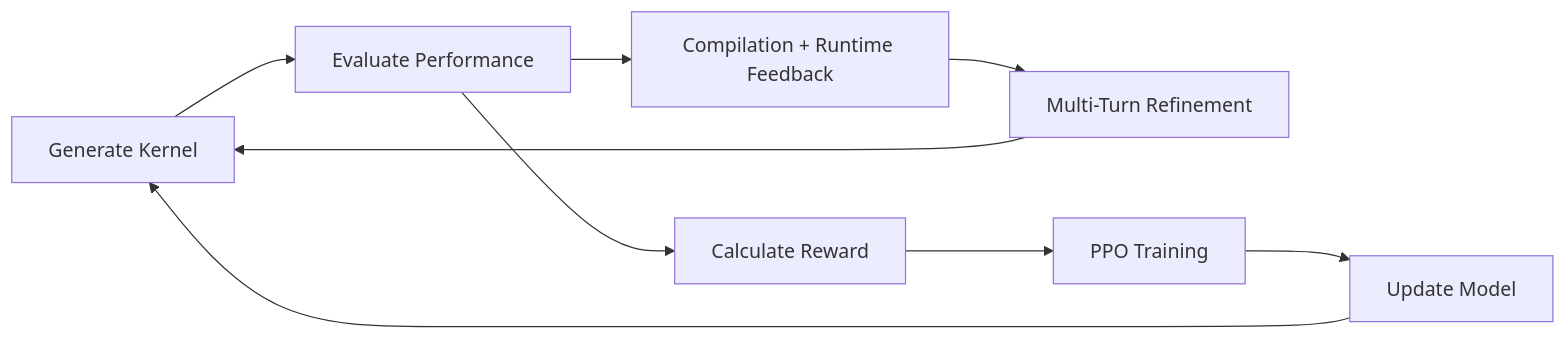
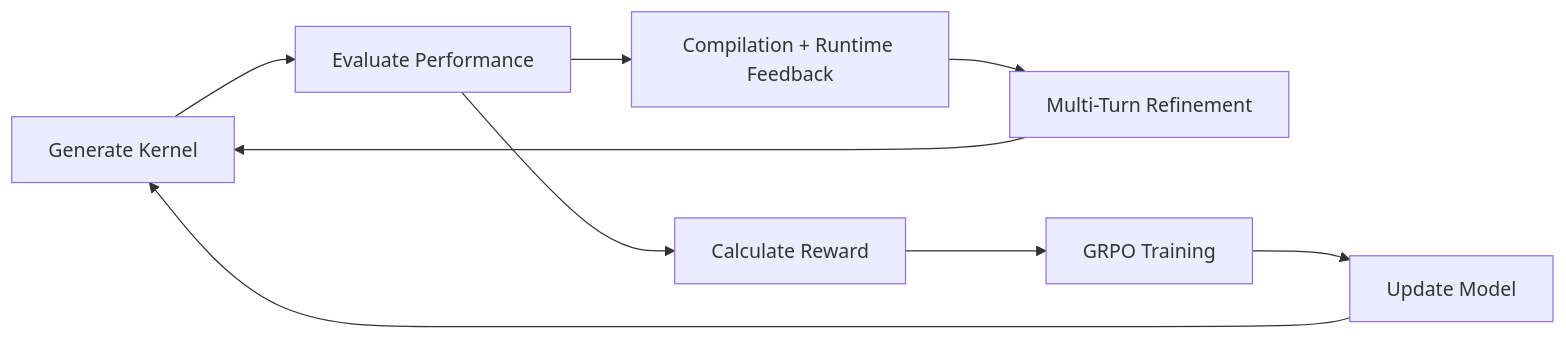
Before and after one commit to RLsys-Foundation/TritonForge: the fifth of 5 diagrams in docs/ARCHITECTURE.md, drawn with Mermaid. The commit also changed other lines of this file, not shown here.

````diff
--- a/docs/ARCHITECTURE.md
+++ b/docs/ARCHITECTURE.md
@@ -334,12 +340,12 @@
 ```mermaid
 graph LR
     Generate[Generate Kernel] --> Evaluate[Evaluate Performance]
     Evaluate --> Feedback[Compilation + Runtime Feedback]
     Feedback --> Improve[Multi-Turn Refinement]
     Improve --> Generate
 
     Evaluate --> Reward[Calculate Reward]
-    Reward --> Train[PPO Training]
+    Reward --> Train[GRPO Training]
     Train --> Model[Update Model]
     Model --> Generate
 ```
````
